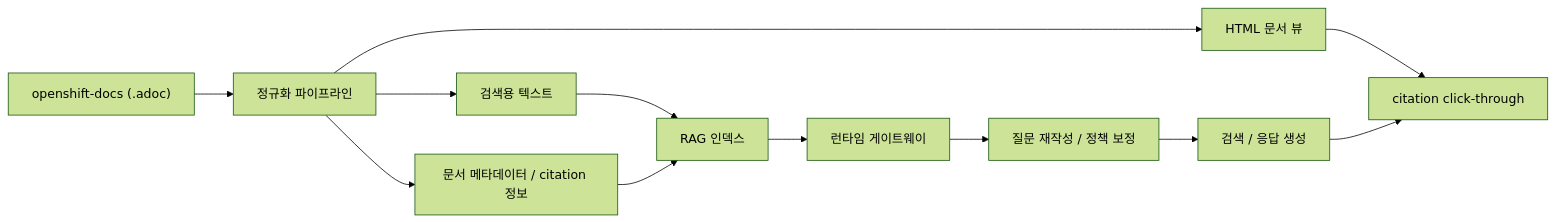
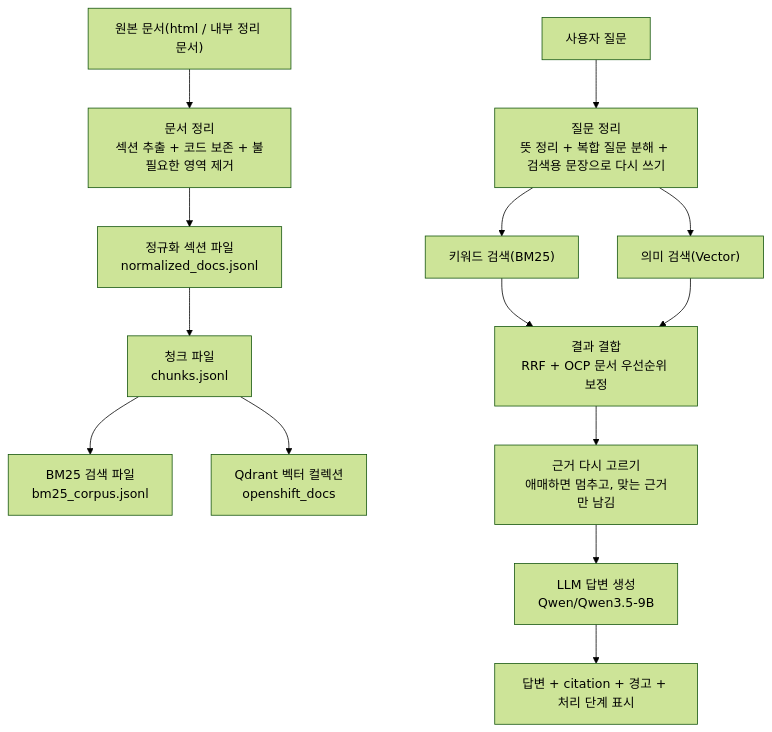
One commit to souluk319/ocp-rag-chatbot changed the diagram in README.md. Above: the diagram before and after it, drawn with Mermaid (forest theme). The commit also changed other lines of this file and 263 other files, not shown here.

````diff
--- a/README.md
+++ b/README.md
@@ -84,14 +110,16 @@
 ```mermaid
-flowchart LR
-    A["openshift-docs (.adoc)"] --> B["정규화 파이프라인"]
-    B --> C["검색용 텍스트"]
-    B --> D["HTML 문서 뷰"]
-    B --> E["문서 메타데이터 / citation 정보"]
-    C --> F["RAG 인덱스"]
-    E --> F
-    F --> G["런타임 게이트웨이"]
-    G --> H["질문 재작성 / 정책 보정"]
-    H --> I["검색 / 응답 생성"]
-    D --> J["citation click-through"]
-    I --> J
+flowchart TD
+    A["원본 문서(html / 내부 정리 문서)"] --> B["문서 정리<br/>섹션 추출 + 코드 보존 + 불필요한 영역 제거"]
+    B --> C["정규화 섹션 파일<br/>normalized_docs.jsonl"]
+    C --> D["청크 파일<br/>chunks.jsonl"]
+    D --> E["BM25 검색 파일<br/>bm25_corpus.jsonl"]
+    D --> F["Qdrant 벡터 컬렉션<br/>openshift_docs"]
+    G["사용자 질문"] --> H["질문 정리<br/>뜻 정리 + 복합 질문 분해 + 검색용 문장으로 다시 쓰기"]
+    H --> I["키워드 검색(BM25)"]
+    H --> J["의미 검색(Vector)"]
+    I --> K["결과 결합<br/>RRF + OCP 문서 우선순위 보정"]
+    J --> K
+    K --> L["근거 다시 고르기<br/>애매하면 멈추고, 맞는 근거만 남김"]
+    L --> M["LLM 답변 생성<br/>Qwen/Qwen3.5-9B"]
+    M --> N["답변 + citation + 경고 + 처리 단계 표시"]
 ```
````
